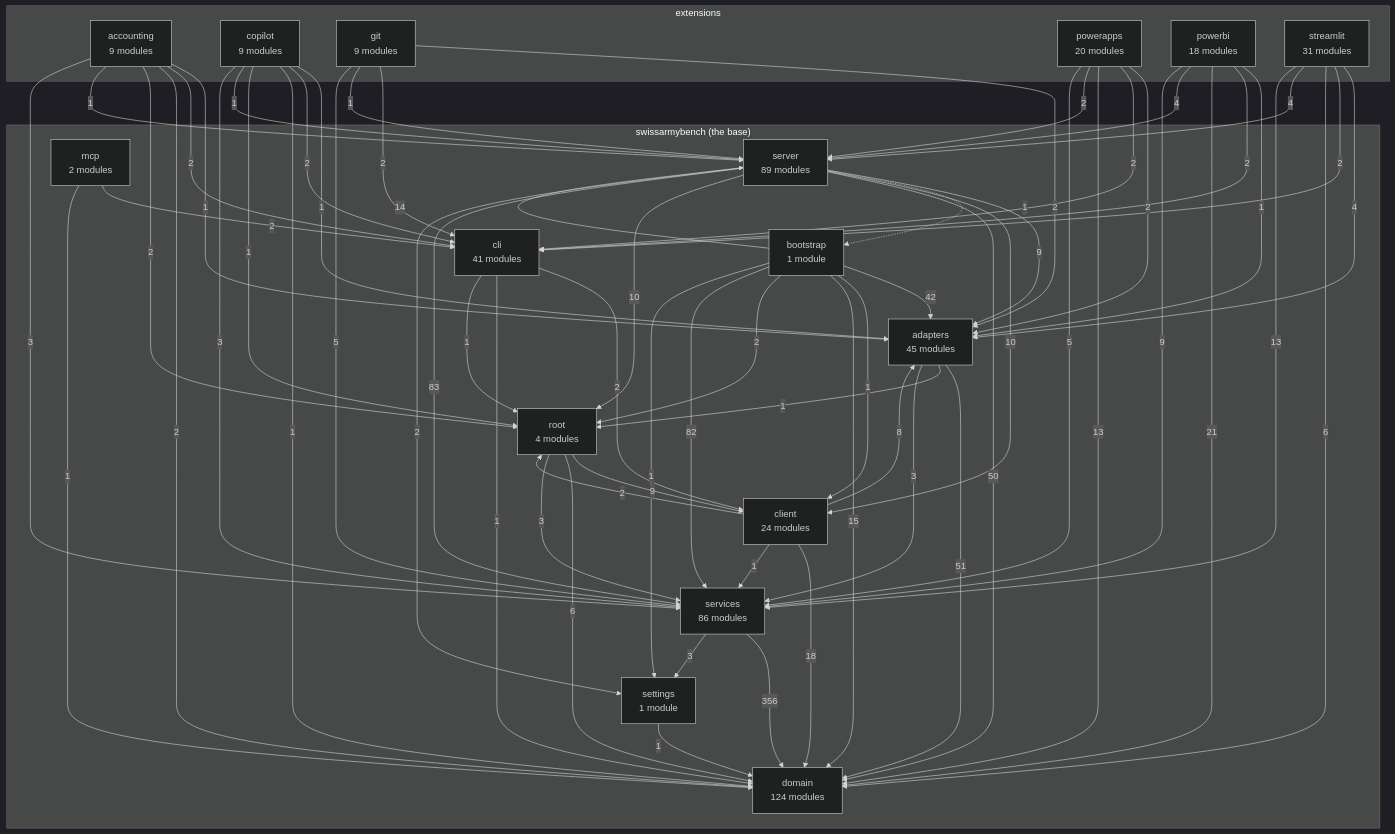
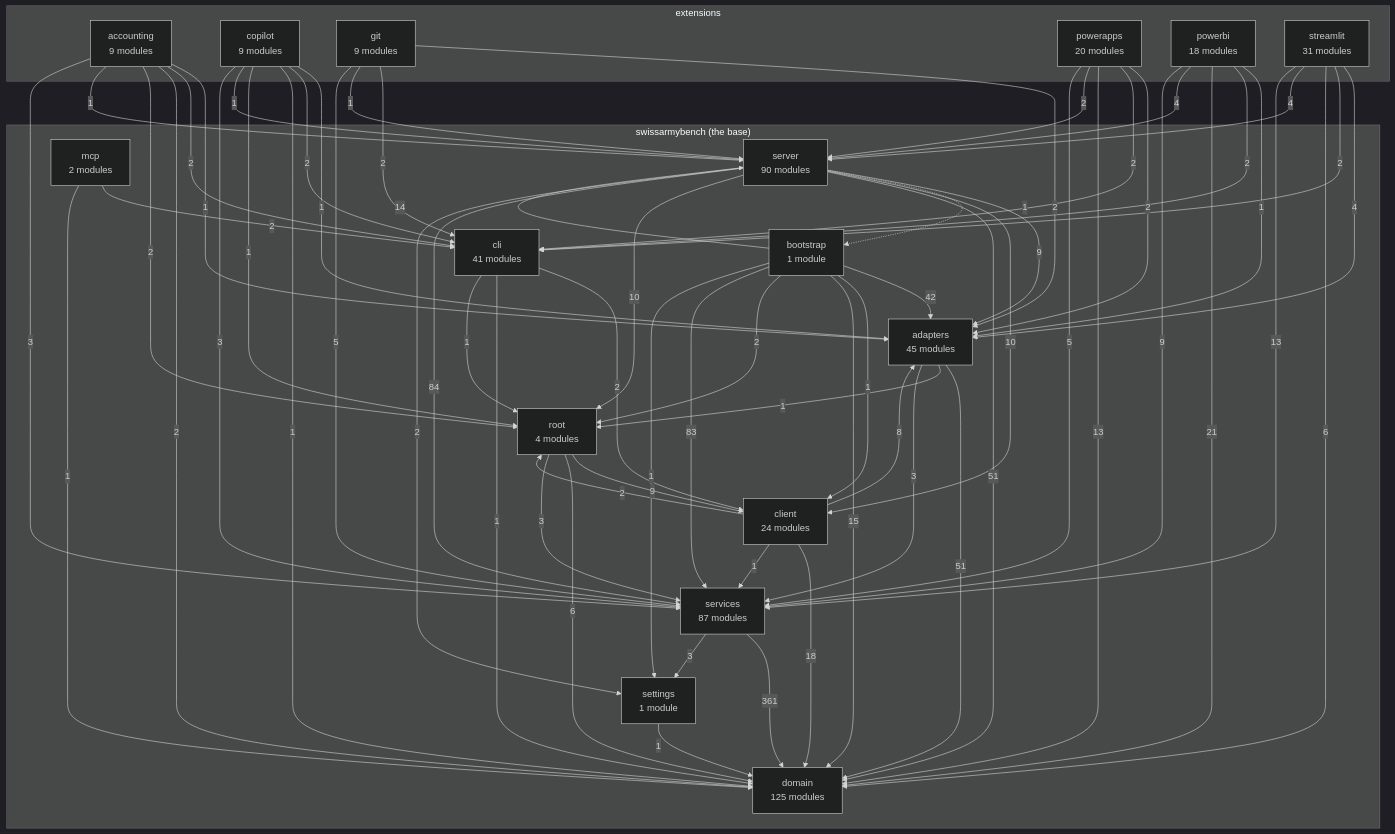
Before and after one commit to DylanCodyBrown/SwissArmyBench: the diagram in docs/architecture-map.md, drawn with Mermaid (dark theme). The commit also changed other lines of this file and 23 other files, not shown here.

````diff
--- a/docs/architecture-map.md
+++ b/docs/architecture-map.md
@@ -17,14 +17,14 @@
 ```mermaid
 flowchart TB
     subgraph base["swissarmybench (the base)"]
-        domain["domain<br/>124 modules"]
+        domain["domain<br/>125 modules"]
         settings["settings<br/>1 module"]
-        services["services<br/>86 modules"]
+        services["services<br/>87 modules"]
         adapters["adapters<br/>45 modules"]
         cli["cli<br/>41 modules"]
         client["client<br/>24 modules"]
         root["root<br/>4 modules"]
-        server["server<br/>89 modules"]
+        server["server<br/>90 modules"]
         bootstrap["bootstrap<br/>1 module"]
         mcp["mcp<br/>2 modules"]
     end
@@ -44,7 +44,7 @@
     bootstrap -->|15| domain
     bootstrap -->|2| root
     bootstrap -->|14| server
-    bootstrap -->|82| services
+    bootstrap -->|83| services
     bootstrap -->|1| settings
     cli -->|2| client
     cli -->|1| domain
@@ -92,11 +92,11 @@
     server -->|9| adapters
     server -.->|1| bootstrap
     server -->|10| client
-    server -->|50| domain
+    server -->|51| domain
     server -->|10| root
-    server -->|83| services
+    server -->|84| services
     server -->|2| settings
-    services -->|356| domain
+    services -->|361| domain
     services -->|3| settings
     settings -->|1| domain
 ```
````
